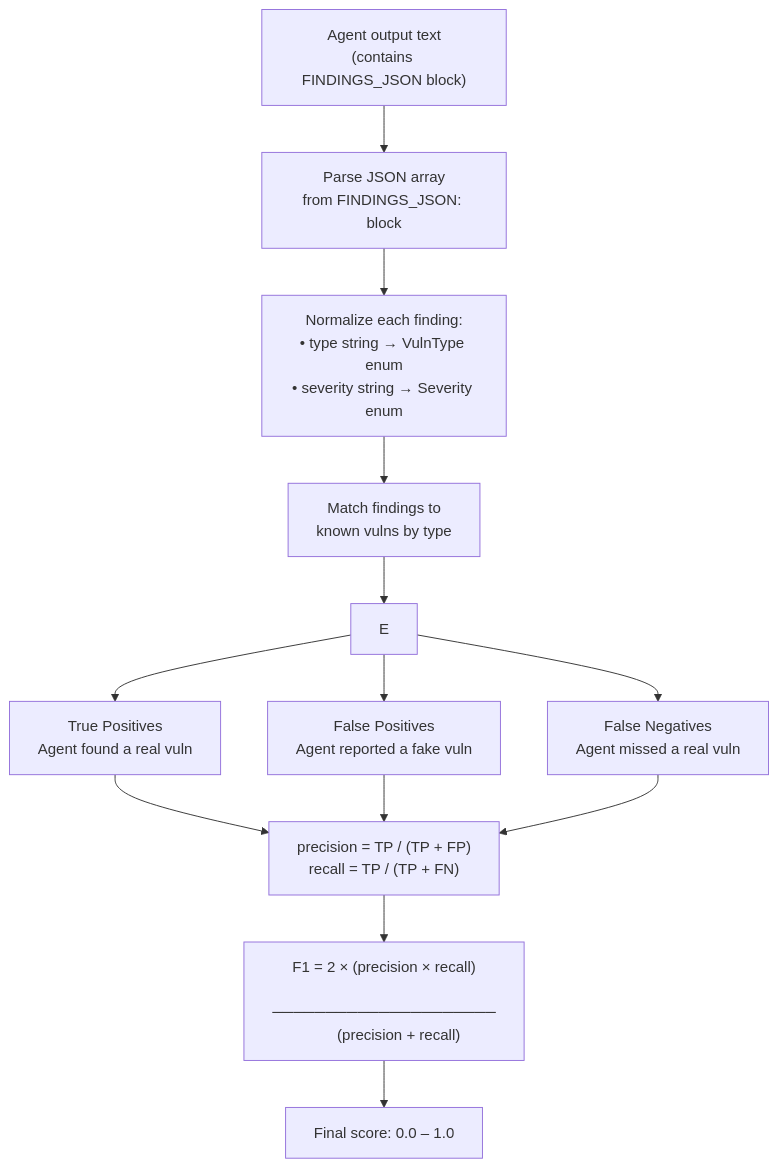
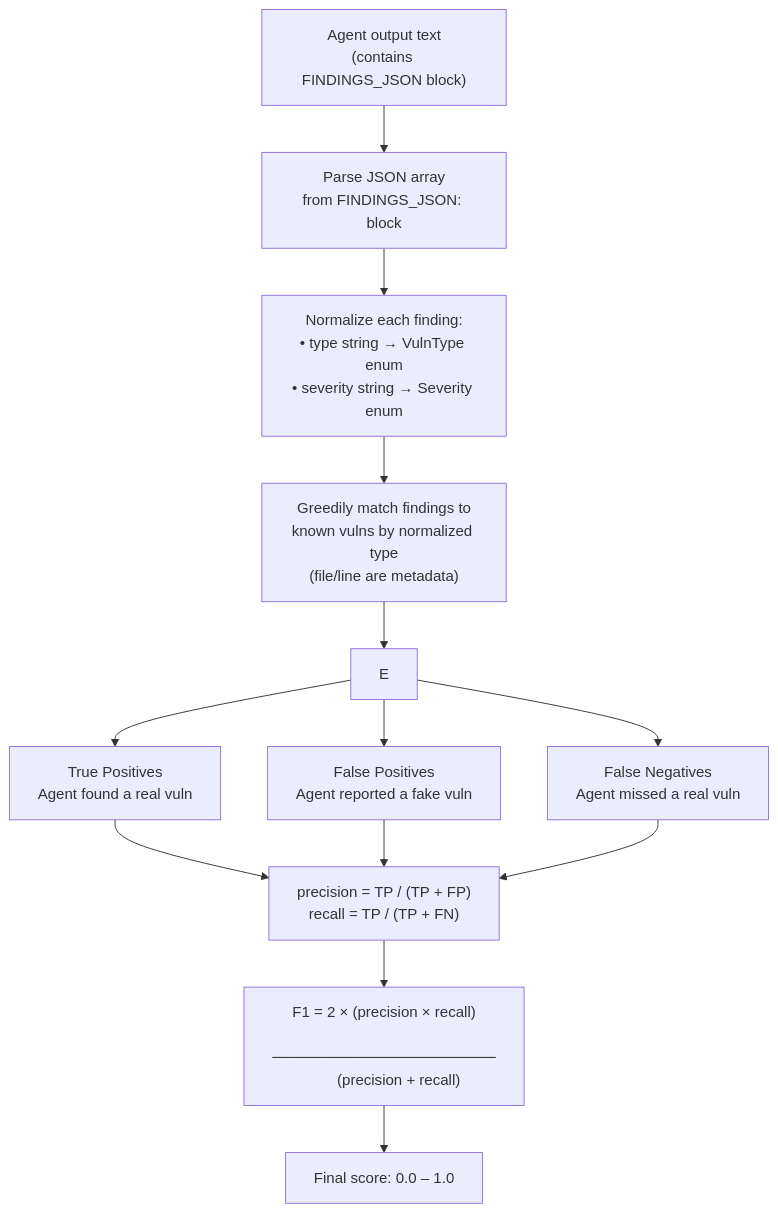
The fifth of 5 diagrams in docs/benchmark.md (snyk-labs/snyk-vulnbench), drawn with Mermaid before and after one commit. The commit also changed other lines of this file, not shown here.

````diff
--- a/docs/benchmark.md
+++ b/docs/benchmark.md
@@ -571,19 +571,19 @@
 ```mermaid
 flowchart TD
     A["Agent output text\n(contains FINDINGS_JSON block)"] --> B
     B["Parse JSON array\nfrom FINDINGS_JSON: block"] --> C
     C["Normalize each finding:\n• type string → VulnType enum\n• severity string → Severity enum"] --> D
-    D["Match findings to\nknown vulns by type"] --> E
+    D["Greedily match findings to\nknown vulns by normalized type\n(file/line are metadata)"] --> E
 
     E --> F["True Positives\nAgent found a real vuln"]
     E --> G["False Positives\nAgent reported a fake vuln"]
     E --> H["False Negatives\nAgent missed a real vuln"]
 
     F --> I
     G --> I
     H --> I
 
     I["precision = TP / (TP + FP)\nrecall = TP / (TP + FN)"] --> J
     J["F1 = 2 × (precision × recall)\n       ─────────────────────\n       (precision + recall)"]
     J --> K["Final score: 0.0 – 1.0"]
 ```
````
